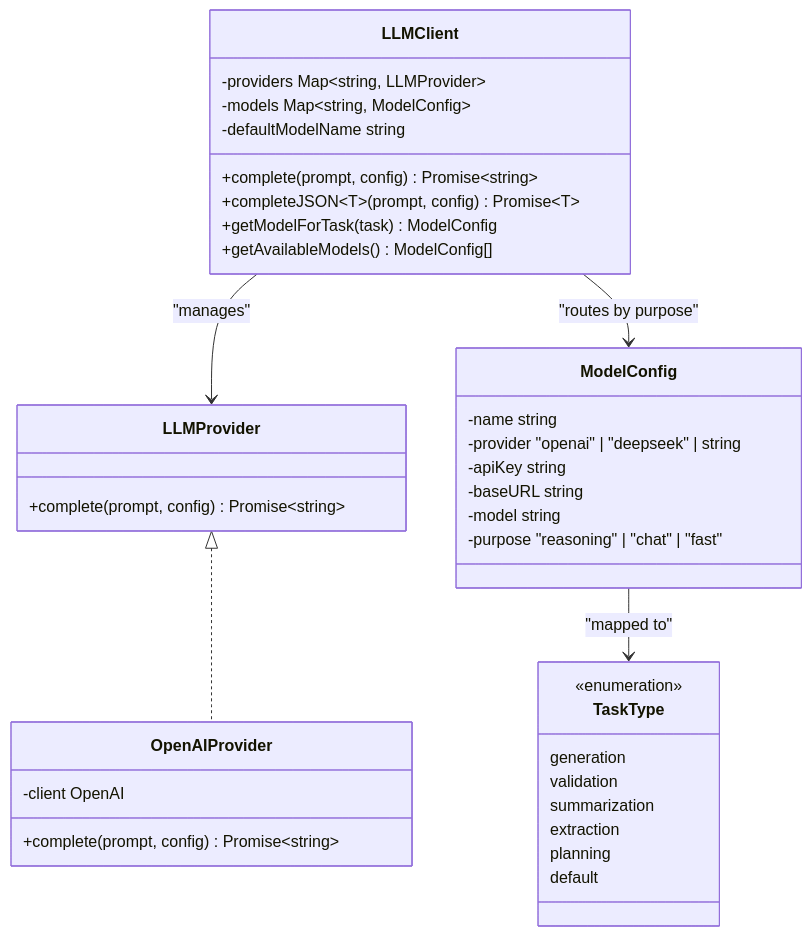
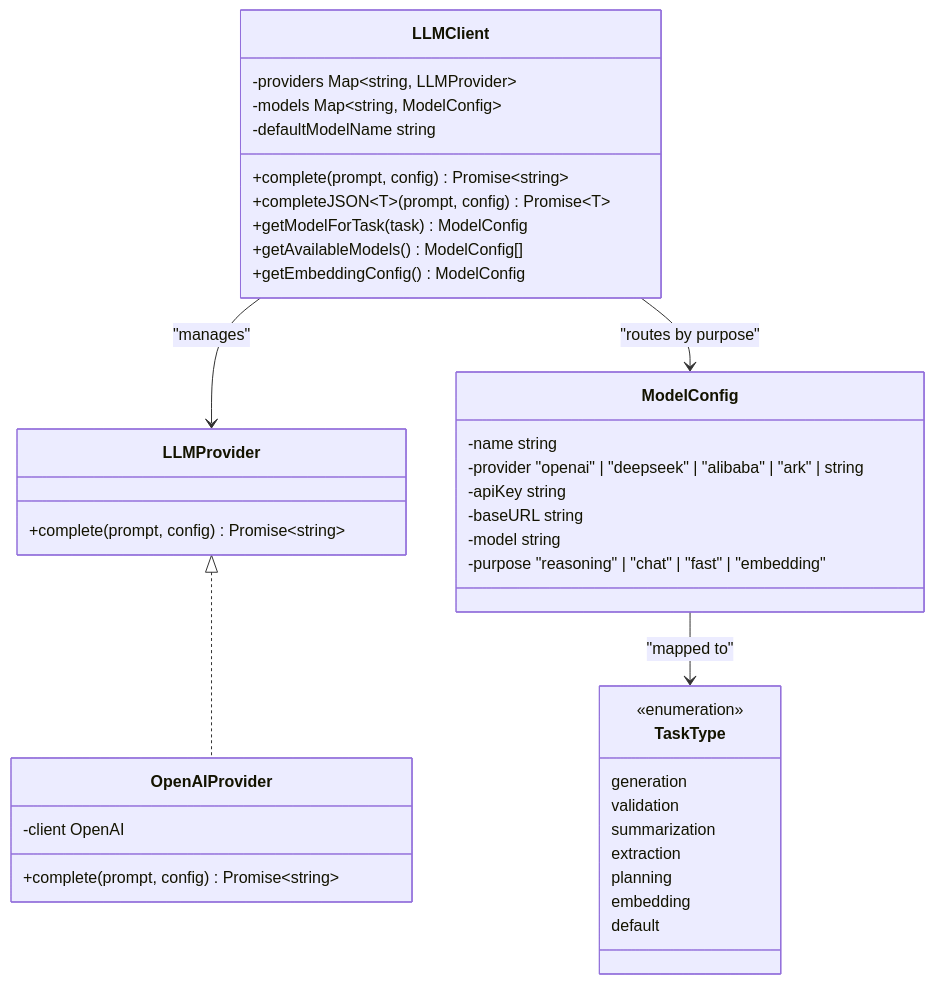
One commit to liwonder/NARRITIVE_OS changed the third of 14 diagrams in .qoder/repowiki/en/content/Engine Architecture/Engine Architecture.md. Above: the diagram before and after it, drawn with Mermaid. The commit also changed other lines of this file and 4 other files, not shown here.

Commit message:
wiki and full flow test case

````diff
--- a/.qoder/repowiki/en/content/Engine Architecture/Engine Architecture.md
+++ b/.qoder/repowiki/en/content/Engine Architecture/Engine Architecture.md
@@ -297,40 +301,42 @@
 ```mermaid
 classDiagram
 class LLMProvider {
 +complete(prompt, config) Promise~string~
 }
 class OpenAIProvider {
 -client OpenAI
 +complete(prompt, config) Promise~string~
 }
 class LLMClient {
 -providers Map~string, LLMProvider~
 -models Map~string, ModelConfig~
 -defaultModelName string
 +complete(prompt, config) Promise~string~
 +completeJSON~T~(prompt, config) Promise~T~
 +getModelForTask(task) ModelConfig
 +getAvailableModels() ModelConfig[]
++getEmbeddingConfig() ModelConfig
 }
 class ModelConfig {
 -name string
--provider "openai" | "deepseek" | string
+-provider "openai" | "deepseek" | "alibaba" | "ark" | string
 -apiKey string
 -baseURL string
 -model string
--purpose "reasoning" | "chat" | "fast"
+-purpose "reasoning" | "chat" | "fast" | "embedding"
 }
 class TaskType {
 <<enumeration>>
 generation
 validation
 summarization
 extraction
 planning
+embedding
 default
 }
 LLMProvider <|.. OpenAIProvider
 LLMClient --> LLMProvider : "manages"
 LLMClient --> ModelConfig : "routes by purpose"
 ModelConfig --> TaskType : "mapped to"
 ```
````
